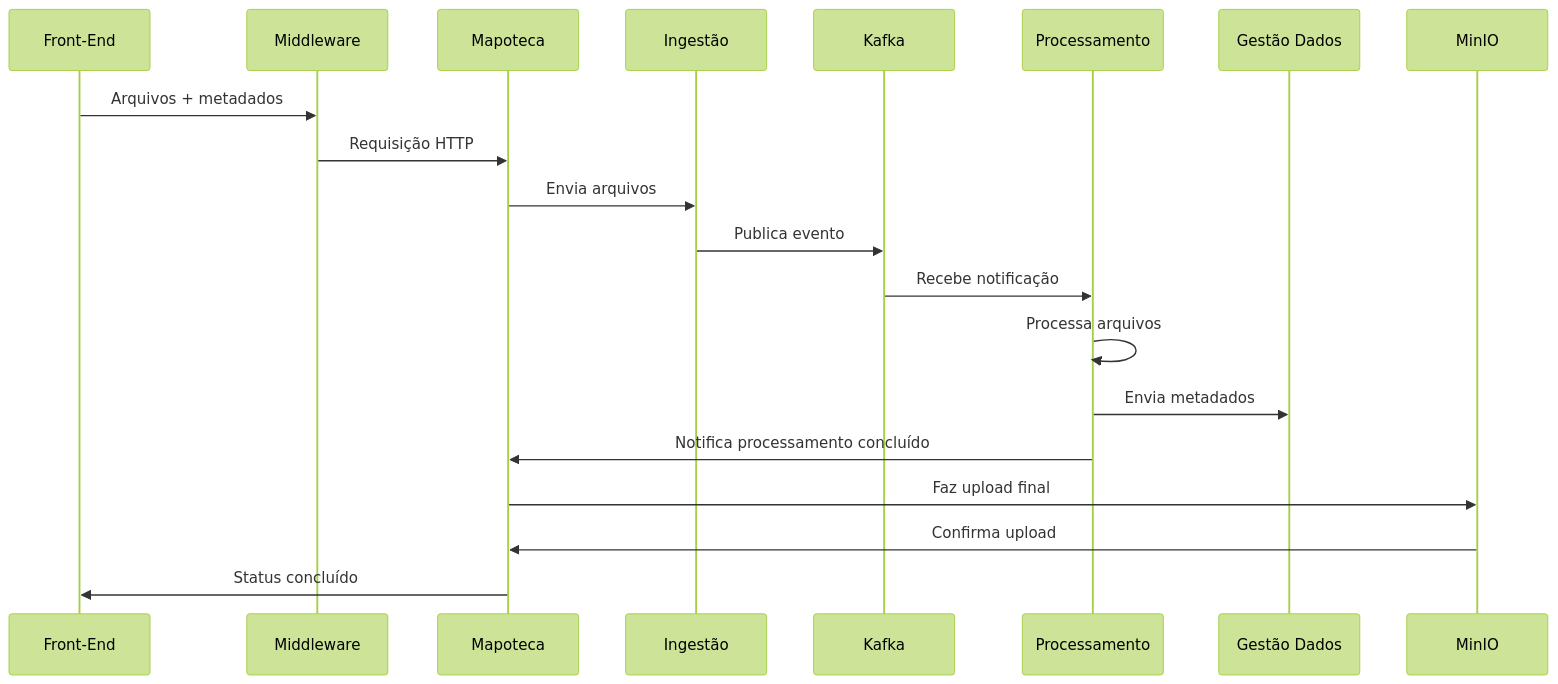
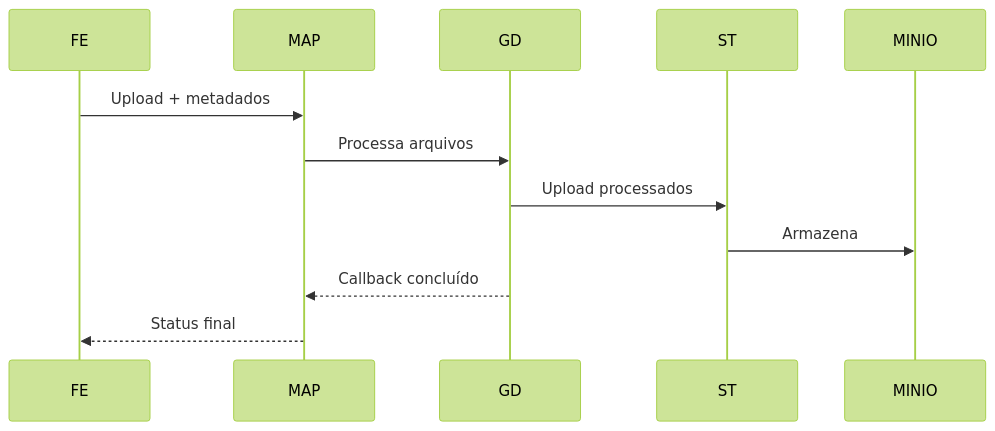
The second of 4 diagrams in README.md (ChrysAlves/microservico-mapoteca), drawn with Mermaid (forest theme) before and after one commit. The commit also changed other lines of this file and 44 other files, not shown here.

````diff
--- a/README.md
+++ b/README.md
@@ -46,23 +58,9 @@
 ```mermaid
 sequenceDiagram
-    participant FE as Front-End
-    participant MW as Middleware
-    participant MAP as Mapoteca
-    participant ING as Ingestão
-    participant K as Kafka
-    participant PROC as Processamento
-    participant GD as Gestão Dados
-    participant MIN as MinIO
-
-    FE->>MW: Arquivos + metadados
-    MW->>MAP: Requisição HTTP
-    MAP->>ING: Envia arquivos
-    ING->>K: Publica evento
-    K->>PROC: Recebe notificação
-    PROC->>PROC: Processa arquivos
-    PROC->>GD: Envia metadados
-    PROC->>MAP: Notifica processamento concluído
-    MAP->>MIN: Faz upload final
-    MIN->>MAP: Confirma upload
-    MAP->>FE: Status concluído
+    FE->>MAP: Upload + metadados
+    MAP->>GD: Processa arquivos
+    GD->>ST: Upload processados
+    ST->>MINIO: Armazena
+    GD-->>MAP: Callback concluído
+    MAP-->>FE: Status final
 ```
````
